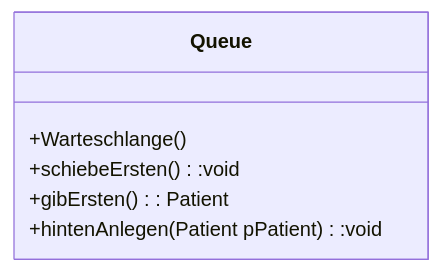
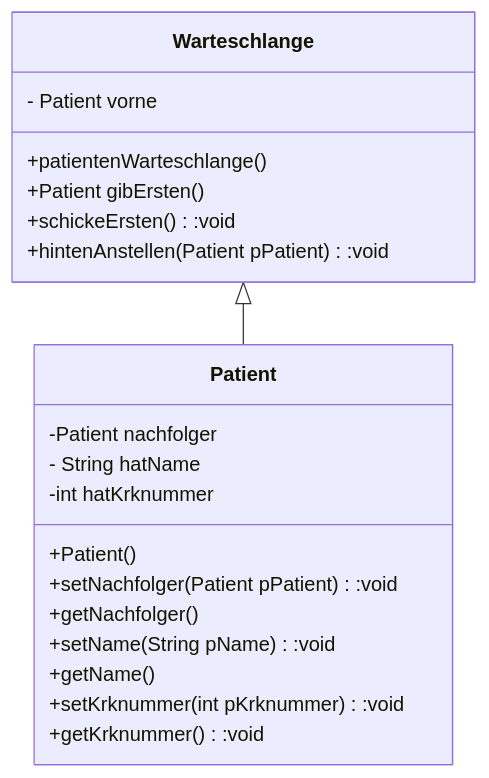
Before and after one commit to rueckertgym/begleitmaterial: the diagram in book/lineareDatenstrukturen/queue/queue.md, drawn with Mermaid. The commit also changed other lines of this file, not shown here.

````diff
--- a/book/lineareDatenstrukturen/queue/queue.md
+++ b/book/lineareDatenstrukturen/queue/queue.md
@@ -21,9 +21,23 @@
 ```mermaid
 classDiagram
-      class Queue{
-          +Warteschlange()
-          +schiebeErsten():void
-          +gibErsten(): Patient
-          +hintenAnlegen(Patient pPatient):void        
+Warteschlange <|-- Patient
+      class Warteschlange{
+      - Patient vorne
+          +patientenWarteschlange()
+          +Patient gibErsten()
+          +schickeErsten():void
+          +hintenAnstellen(Patient pPatient):void        
         }
+        class Patient{
+        -Patient nachfolger
+        - String hatName
+        -int hatKrknummer
+          +Patient()
+          +setNachfolger(Patient pPatient):void
+          +getNachfolger()
+          +setName(String pName):void
+          +getName()
+          +setKrknummer(int pKrknummer):void
+          +getKrknummer():void
+          }
  ```
````
